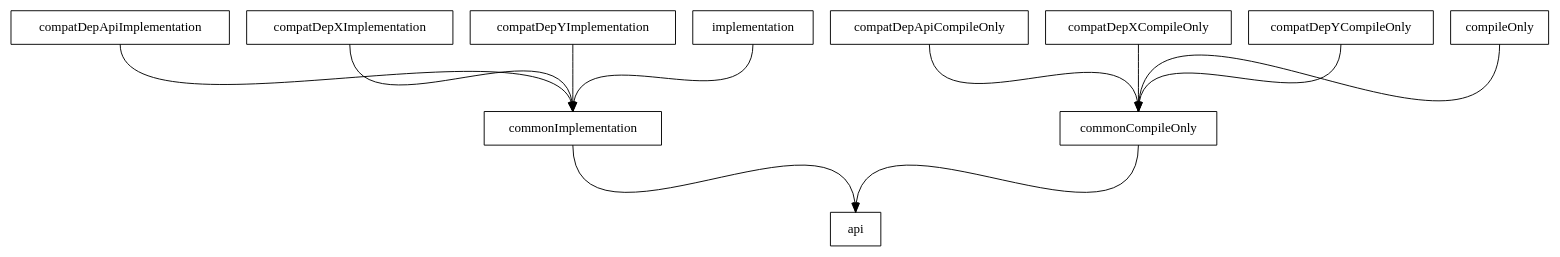
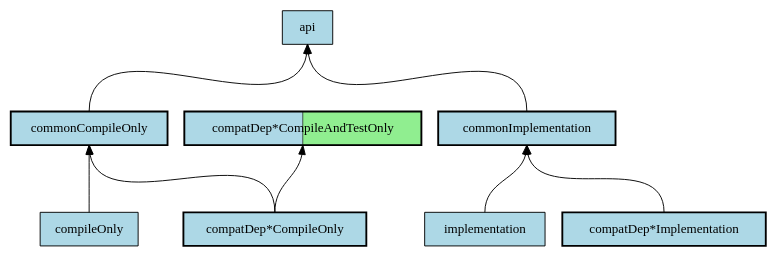
One commit to davidburstrom/version-compatibility-gradle-plugin changed the diagram in docs/images/configurations.dot. Above: the diagram before and after it, drawn with Graphviz. The commit also changed 9 other files, not shown here.

Commit message:
Add support for compileAndTestOnly configuration

```diff
--- a/docs/images/configurations.dot
+++ b/docs/images/configurations.dot
@@ -1,17 +1,24 @@
 digraph configurations {
     graph [ranksep=1]
     node [shape=box]
-    edge [tailport=s headport=n]
+    edge [tailport=s headport=n dir=back]
 
-    compatDepApiCompileOnly -> commonCompileOnly;
-    compatDepXCompileOnly -> commonCompileOnly;
-    compatDepYCompileOnly -> commonCompileOnly;
-    compileOnly -> commonCompileOnly;
-    commonCompileOnly -> api;
+    api [style="filled" fillcolor="lightblue"]
+    compileOnly [style="filled" fillcolor="lightblue"]
+    implementation [style="filled" fillcolor="lightblue"]
+    "commonCompileOnly" [style="bold,filled" fillcolor="lightblue"]
+    "commonImplementation" [style="bold,filled" fillcolor="lightblue"]
+    "compatDep*CompileAndTestOnly" [style="bold,striped" fillcolor="lightblue:lightgreen"]
+    "compatDep*CompileOnly" [style="bold,filled" fillcolor="lightblue"]
+    "compatDep*Implementation" [style="bold,filled" fillcolor="lightblue"]
 
-    compatDepApiImplementation -> commonImplementation;
-    compatDepXImplementation -> commonImplementation;
-    compatDepYImplementation -> commonImplementation;
-    implementation -> commonImplementation;
-    commonImplementation -> api;
+    commonCompileOnly -> "compatDep*CompileOnly"
+    commonCompileOnly -> compileOnly
+    api -> commonCompileOnly
+    "compatDep*CompileAndTestOnly" -> "compatDep*CompileOnly"
+
+    commonImplementation -> "compatDep*Implementation"
+    commonImplementation -> implementation
+    api -> commonImplementation
+
 }
```
